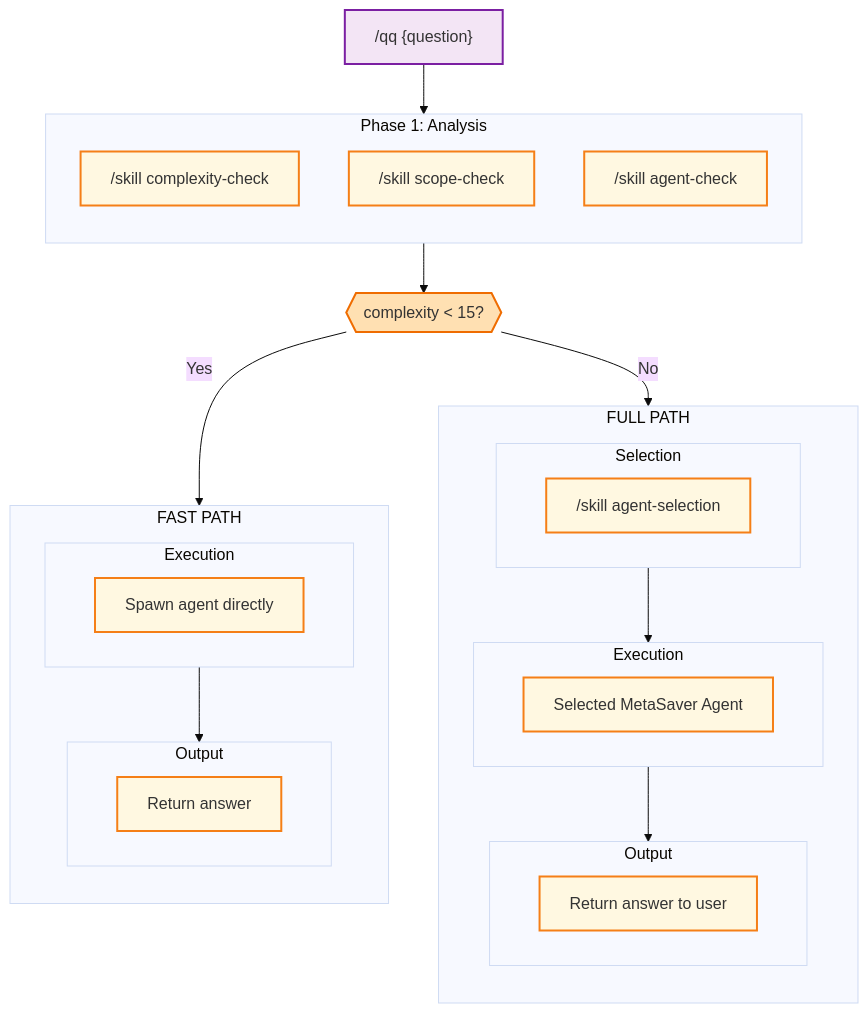
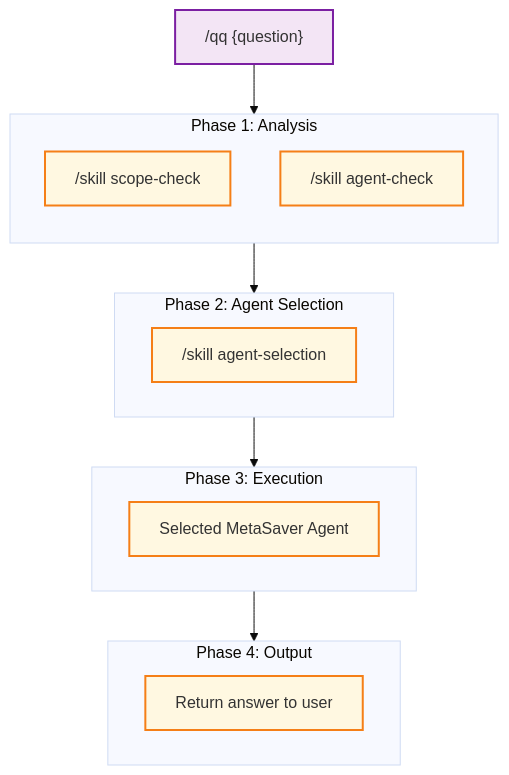
Before and after one commit to metasaver/metasaver-marketplace: the first of 5 diagrams in docs/architecture/qq-command-target-state.md, drawn with Mermaid (base theme). The commit also changed other lines of this file and 21 other files, not shown here.

First line of the commit message:
feat: Refactor user story and execution plan structure

````diff
--- a/docs/architecture/qq-command-target-state.md
+++ b/docs/architecture/qq-command-target-state.md
@@ -13,47 +13,28 @@
 ```mermaid
 flowchart TB
     classDef phase fill:#bbdefb,stroke:#1565c0,stroke-width:2px
     classDef skill fill:#fff8e1,stroke:#f57f17,stroke-width:2px
     classDef entry fill:#f3e5f5,stroke:#7b1fa2,stroke-width:2px
-    classDef decision fill:#ffe0b2,stroke:#ef6c00,stroke-width:2px
 
     ENTRY["/qq {question}"]:::entry
 
     subgraph P1["Phase 1: Analysis"]
         direction TB
-        CC["/skill complexity-check"]:::skill
         SC["/skill scope-check"]:::skill
         AC["/skill agent-check"]:::skill
     end
 
-    DECIDE{{"complexity < 15?"}}:::decision
-
-    subgraph FAST["FAST PATH"]
-        direction TB
-        subgraph P3F["Execution"]
-            EXEF["Spawn agent directly"]:::skill
-        end
-        subgraph P4F["Output"]
-            OUTF["Return answer"]:::skill
-        end
-        P3F --> P4F
+    subgraph P2["Phase 2: Agent Selection"]
+        SEL["/skill agent-selection"]:::skill
     end
 
-    subgraph FULL["FULL PATH"]
-        direction TB
-        subgraph P2["Selection"]
-            SEL["/skill agent-selection"]:::skill
-        end
-        subgraph P3["Execution"]
-            EXE["Selected MetaSaver Agent"]:::skill
-        end
-        subgraph P4["Output"]
-            OUT["Return answer to user"]:::skill
-        end
-        P2 --> P3 --> P4
+    subgraph P3["Phase 3: Execution"]
+        EXE["Selected MetaSaver Agent"]:::skill
     end
 
-    ENTRY --> P1 --> DECIDE
-    DECIDE -->|Yes| FAST
-    DECIDE -->|No| FULL
+    subgraph P4["Phase 4: Output"]
+        OUT["Return answer to user"]:::skill
+    end
+
+    ENTRY --> P1 --> P2 --> P3 --> P4
 ```
````
